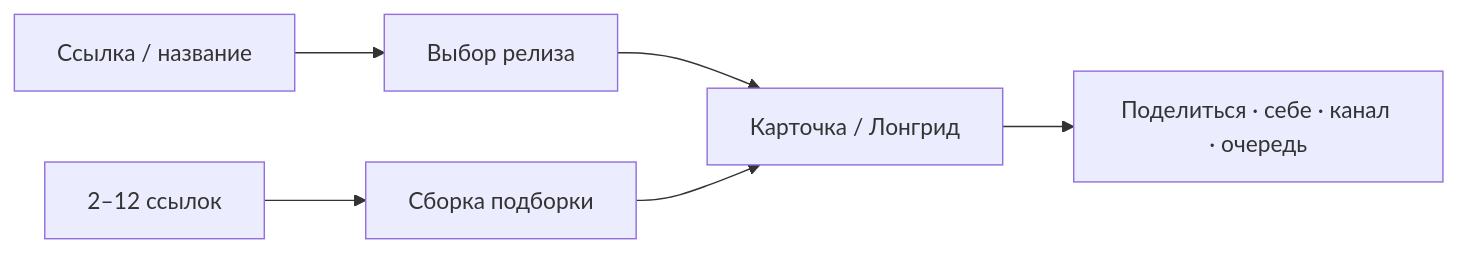
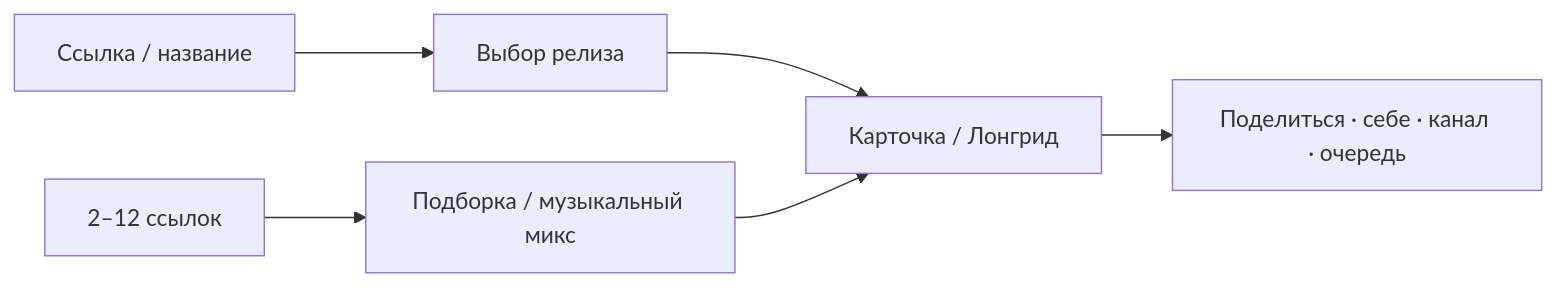
Before and after one commit to StonerHand/stonerhand-soundlinks-bot: the diagram in README.ru.md, drawn with Mermaid. The commit also changed other lines of this file and 18 other files, not shown here.

````diff
--- a/README.ru.md
+++ b/README.ru.md
@@ -41,8 +47,8 @@
 ```mermaid
 flowchart LR
     A["Ссылка / название"] --> B["Выбор релиза"]
-    A2["2–12 ссылок"] --> C["Сборка подборки"]
+    A2["2–12 ссылок"] --> C["Подборка / музыкальный микс"]
     B --> D["Карточка / Лонгрид"]
     C --> D
     D --> E["Поделиться · себе · канал · очередь"]
 ```
````
